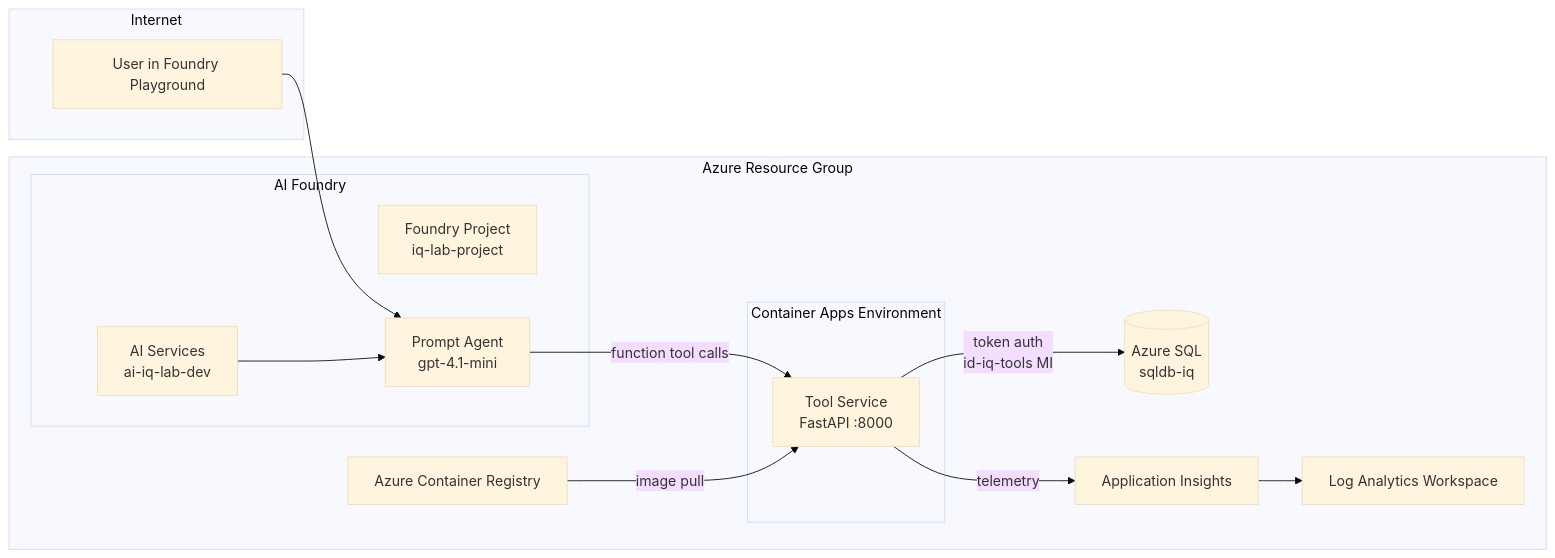
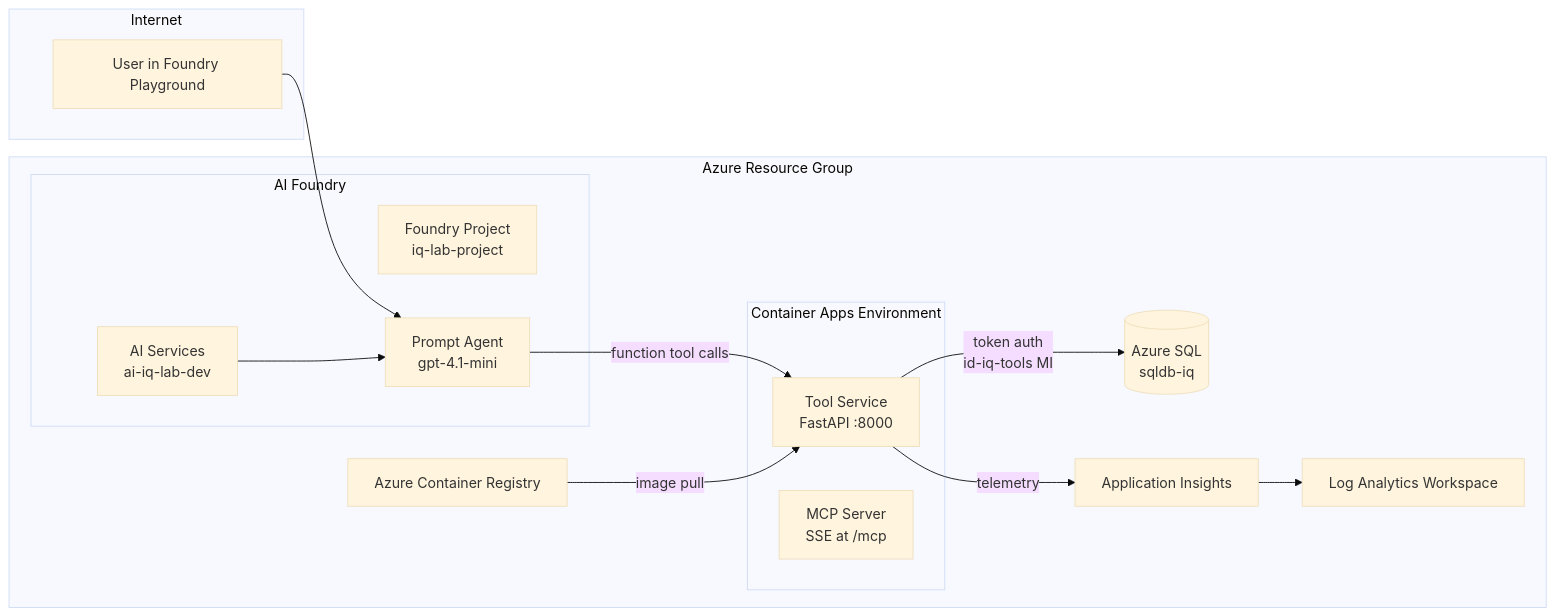
One commit to aionic/IQ-Workshop changed the first of 4 diagrams in docs/architecture.md. Above: the diagram before and after it, drawn with Mermaid (base theme). The commit also changed other lines of this file and 9 other files, not shown here.

````diff
--- a/docs/architecture.md
+++ b/docs/architecture.md
@@ -30,29 +37,30 @@
 ```mermaid
 flowchart LR
   subgraph Internet
     U[User in Foundry Playground]
   end
 
   subgraph Azure["Azure Resource Group"]
     subgraph Foundry["AI Foundry"]
       AIS[AI Services<br/>ai-iq-lab-dev]
       PROJ[Foundry Project<br/>iq-lab-project]
       PA[Prompt Agent<br/>gpt-4.1-mini]
     end
     subgraph CAE["Container Apps Environment"]
       CA[Tool Service<br/>FastAPI :8000]
+      MCP[MCP Server<br/>SSE at /mcp]
     end
     SQL[(Azure SQL<br/>sqldb-iq)]
     ACR[Azure Container Registry]
     AI[Application Insights]
     LA[Log Analytics Workspace]
   end
 
   U --> PA
   AIS --> PA
   PA -->|function tool calls| CA
   CA -->|token auth<br/>id-iq-tools MI| SQL
   CA -->|telemetry| AI
   AI --> LA
   ACR -->|image pull| CA
 ```
````
